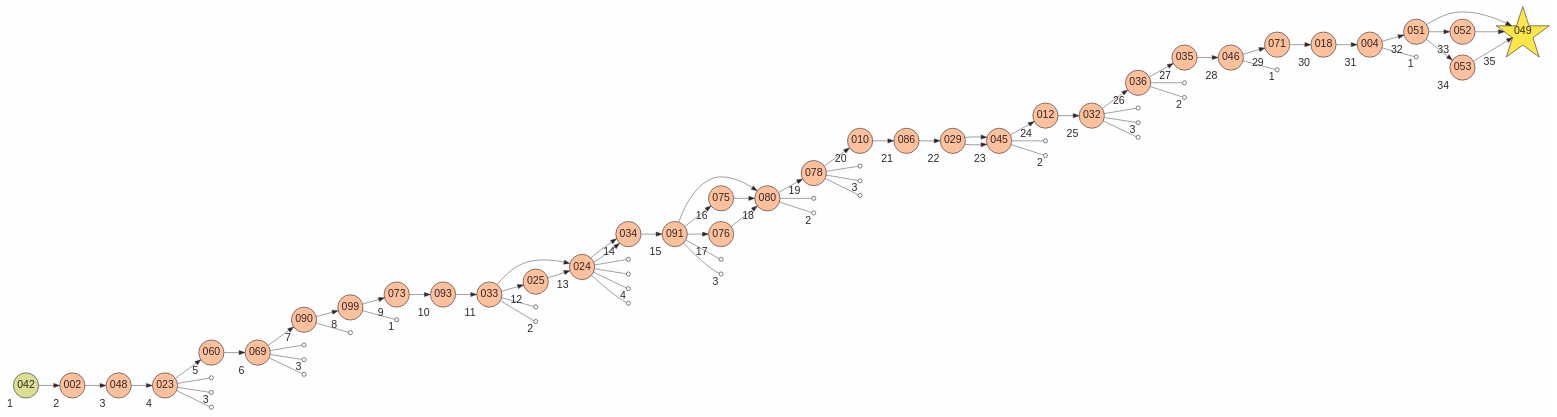
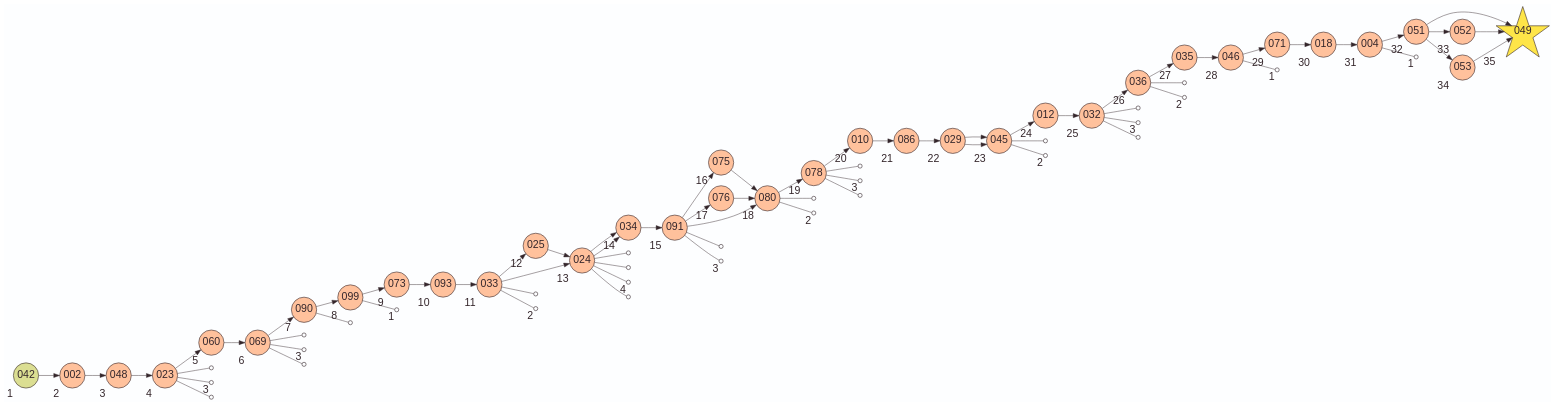
The diagram in en/sqlite/output/activity_map.gv (laowantong/sqlab_island), drawn with Graphviz before and after one commit. The commit also changed 8 other files, not shown here.

```diff
--- a/en/sqlite/output/activity_map.gv
+++ b/en/sqlite/output/activity_map.gv
@@ -1,171 +1,164 @@
 digraph G {
     layout=dot
     rankdir=LR
     bgcolor="#FDFEFF"
     edge [color="#34262B" penwidth=0.75]
     node [
         shape=star
         fixedsize=true
         width=0.3
         height=0.3
         fillcolor="#FEE548"
         color="#34262B"
         fontcolor="#34262B"
         fontsize=18
         penwidth=1
         style=filled
         label=""
     ]
     
     node [width=1.2 height=1.2 fontname=Helvetica label="\N"]
     049
     node [ width=0.6 height=0.6 shape=circle fillcolor="#FFC19C"]
-    002 [xlabel=2]
-    048 [xlabel=3]
-    023 [xlabel=4]
-    060 [xlabel=5]
-    069 [xlabel=6]
+    012 [xlabel=24]
+    032 [xlabel=25]
+    033 [xlabel=11]
+    086 [xlabel=21]
+    071 [xlabel=29]
     090 [xlabel=7]
-    099 [xlabel=8]
-    073 [xlabel=9]
-    093 [xlabel=10]
-    033 [xlabel=11]
-    024 [xlabel=13]
-    025 [xlabel=12]
-    024 [xlabel=13]
-    034 [xlabel=14]
-    034 [xlabel=14]
-    091 [xlabel=15]
-    080 [xlabel=18]
     075 [xlabel=16]
     076 [xlabel=17]
-    080 [xlabel=18]
-    080 [xlabel=18]
-    078 [xlabel=19]
-    010 [xlabel=20]
-    086 [xlabel=21]
-    029 [xlabel=22]
-    045 [xlabel=23]
-    045 [xlabel=23]
-    012 [xlabel=24]
-    032 [xlabel=25]
-    036 [xlabel=26]
-    035 [xlabel=27]
-    046 [xlabel=28]
-    071 [xlabel=29]
+    049 [xlabel=35]
+    099 [xlabel=8]
+    093 [xlabel=10]
+    091 [xlabel=15]
     018 [xlabel=30]
-    004 [xlabel=31]
     051 [xlabel=32]
     052 [xlabel=33]
+    073 [xlabel=9]
     053 [xlabel=34]
-    049 [xlabel=35]
-    049 [xlabel=35]
-    049 [xlabel=35]
+    025 [xlabel=12]
+    004 [xlabel=31]
+    029 [xlabel=22]
+    036 [xlabel=26]
+    010 [xlabel=20]
+    048 [xlabel=3]
+    060 [xlabel=5]
+    046 [xlabel=28]
+    069 [xlabel=6]
+    045 [xlabel=23]
+    035 [xlabel=27]
+    078 [xlabel=19]
+    024 [xlabel=13]
+    080 [xlabel=18]
+    034 [xlabel=14]
+    023 [xlabel=4]
+    002 [xlabel=2]
     node [fillcolor="#DBDE92"]
     
     042 [xlabel=1]
     
     042 -> 002
     002 -> 048
     048 -> 023
     023 -> 060
     060 -> 069
     069 -> 090
     090 -> 099
     099 -> 073
     073 -> 093
     093 -> 033
     033 -> 024
     033 -> 025
     025 -> 024
     024 -> 034
     024 -> 034
     034 -> 091
     091 -> 080
     091 -> 075
     091 -> 076
     075 -> 080
     076 -> 080
     080 -> 078
     078 -> 010
     010 -> 086
     086 -> 029
     029 -> 045
     029 -> 045
     045 -> 012
     012 -> 032
     032 -> 036
     036 -> 035
     035 -> 046
     046 -> 071
     071 -> 018
     018 -> 004
     004 -> 051
     051 -> 052
     051 -> 053
     051 -> 049
     052 -> 049
     053 -> 049
     node [width=0.1 height=0.1 label="" fillcolor=none]
     49634567641071
     48038106262884 [xlabel=3]
     36544000811616
     70387888034034
     76307533465793 [xlabel=3]
     73596625706163
     30529521407667
     16427621247298 [xlabel=1]
     137567818264690
     133844634368524 [xlabel=2]
     166447123487581
     161728381954968
     165711365329111 [xlabel=4]
     165881901973859
     23228768719000
     25263687649022 [xlabel=3]
     28860022323271
     17913110945546 [xlabel=2]
     34691307364334
     34691307363378 [xlabel=3]
     34691307360644
     237791690290201
     234350336086754 [xlabel=2]
     39891969235649
     40030811180335 [xlabel=3]
     39735907674280
     128750693527757
     130035311163695 [xlabel=2]
     203589828702201 [xlabel=1]
     66225330703443 [xlabel=1]
     edge [arrowhead=none]
     023 -> 49634567641071
     023 -> 48038106262884
     023 -> 36544000811616
     069 -> 70387888034034
     069 -> 76307533465793
     069 -> 73596625706163
     090 -> 30529521407667
     099 -> 16427621247298
     033 -> 137567818264690
     033 -> 133844634368524
     024 -> 166447123487581
     024 -> 161728381954968
     024 -> 165711365329111
     024 -> 165881901973859
     091 -> 23228768719000
     091 -> 25263687649022
     080 -> 28860022323271
     080 -> 17913110945546
     078 -> 34691307364334
     078 -> 34691307363378
     078 -> 34691307360644
     045 -> 237791690290201
     045 -> 234350336086754
     032 -> 39891969235649
     032 -> 40030811180335
     032 -> 39735907674280
     036 -> 128750693527757
     036 -> 130035311163695
     046 -> 203589828702201
     004 -> 66225330703443
 }
```
